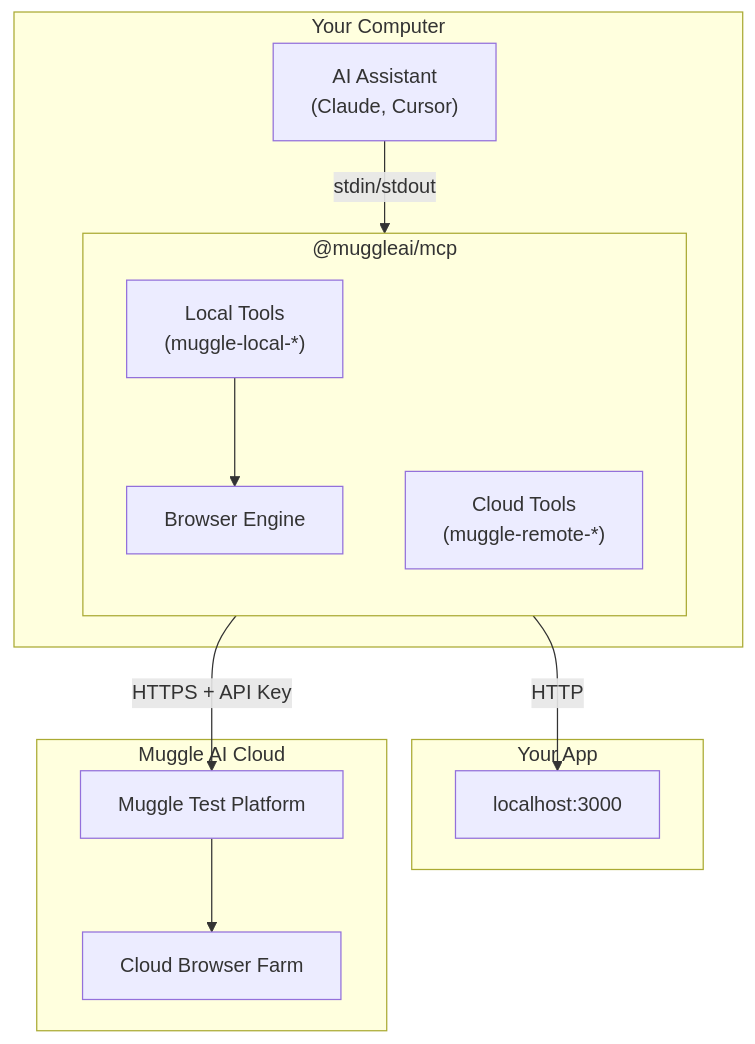
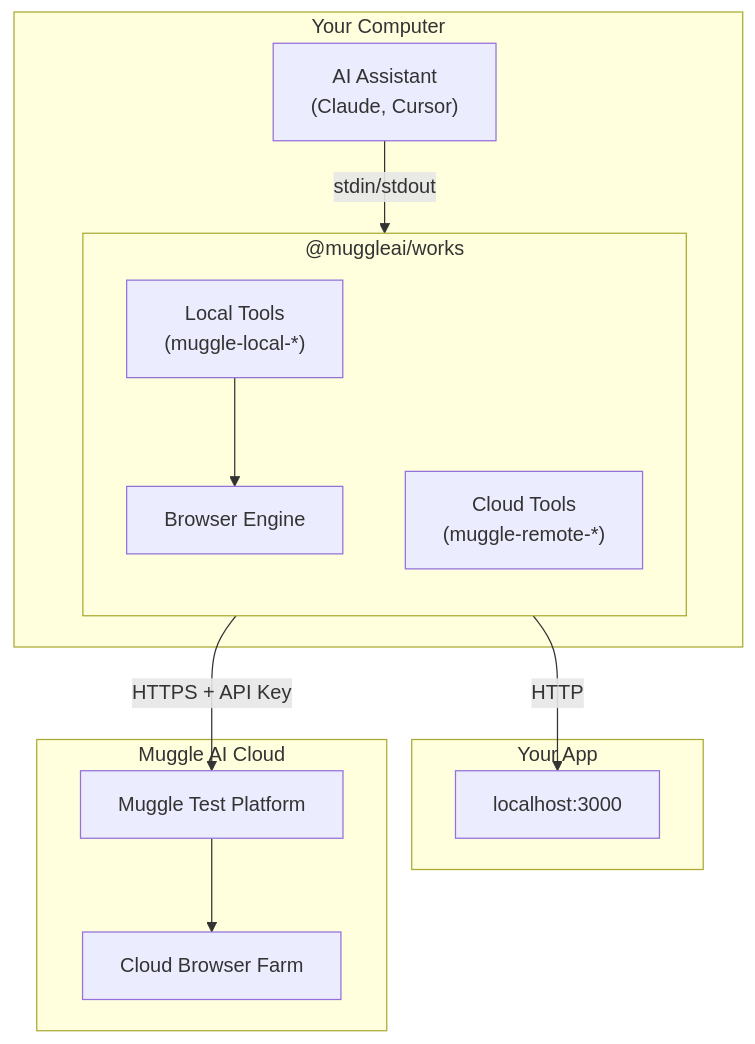
The first of 7 diagrams in mcp/mcp-concepts.md (multiplex-ai/muggle-ai-docs), drawn with Mermaid before and after one commit. The commit also changed other lines of this file and 11 other files, not shown here.

First line of the commit message:
docs: rename @muggleai/mcp to @muggleai/works across MCP and local-testing docs

````diff
--- a/mcp/mcp-concepts.md
+++ b/mcp/mcp-concepts.md
@@ -11,27 +11,27 @@
 ```mermaid
 flowchart TB
     subgraph env["Your Computer"]
         client["AI Assistant<br/>(Claude, Cursor)"]
-        subgraph mcp["@muggleai/mcp"]
+        subgraph mcp["@muggleai/works"]
             direction TB
             local["Local Tools<br/>(muggle-local-*)"]
             cloud["Cloud Tools<br/>(muggle-remote-*)"]
             browser["Browser Engine"]
         end
         client -->|"stdin/stdout"| mcp
         local --> browser
     end
 
     subgraph app["Your App"]
         localhost["localhost:3000"]
     end
 
     subgraph cloudEnv["Muggle AI Cloud"]
         platform["Muggle Test Platform"]
         cloudBrowser["Cloud Browser Farm"]
     end
 
     browser -->|"HTTP"| localhost
     cloud -->|"HTTPS + API Key"| platform
     platform --> cloudBrowser
 ```
````
